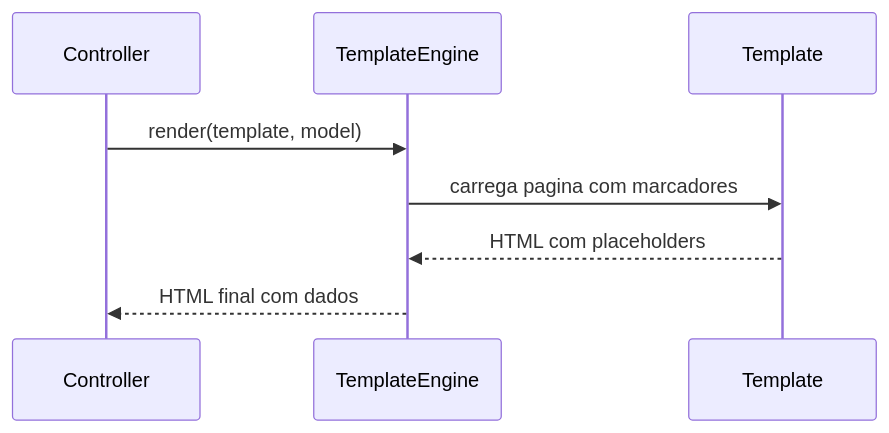
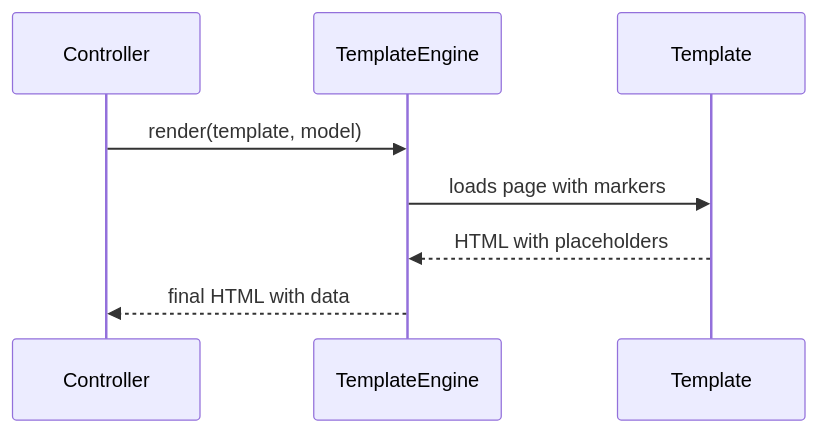
The diagram in docs/application/poeaa/web-presentation/template-view.md (alancesar/design-patterns), drawn with Mermaid before and after one commit. The commit also changed 258 other files, not shown here.

First line of the commit message:
Translate Mermaid diagrams to English

````diff
--- a/docs/application/poeaa/web-presentation/template-view.md
+++ b/docs/application/poeaa/web-presentation/template-view.md
@@ -53,10 +53,10 @@
 ```mermaid
 sequenceDiagram
     participant Controller
     participant TemplateEngine
     participant Template
     Controller->>TemplateEngine: render(template, model)
-    TemplateEngine->>Template: carrega pagina com marcadores
-    Template-->>TemplateEngine: HTML com placeholders
-    TemplateEngine-->>Controller: HTML final com dados
+    TemplateEngine->>Template: loads page with markers
+    Template-->>TemplateEngine: HTML with placeholders
+    TemplateEngine-->>Controller: final HTML with data
 ```
````
